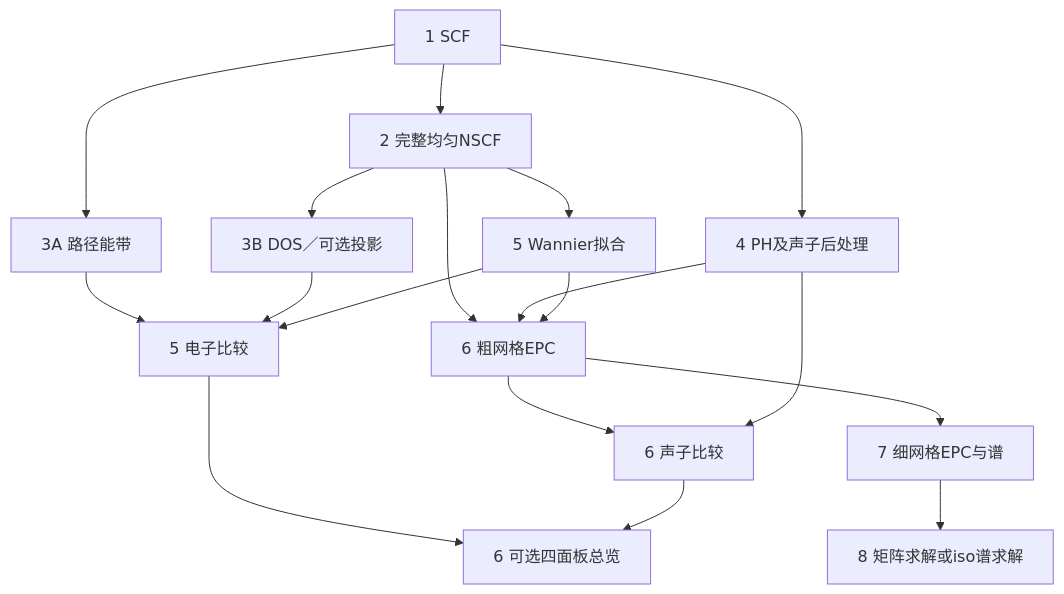
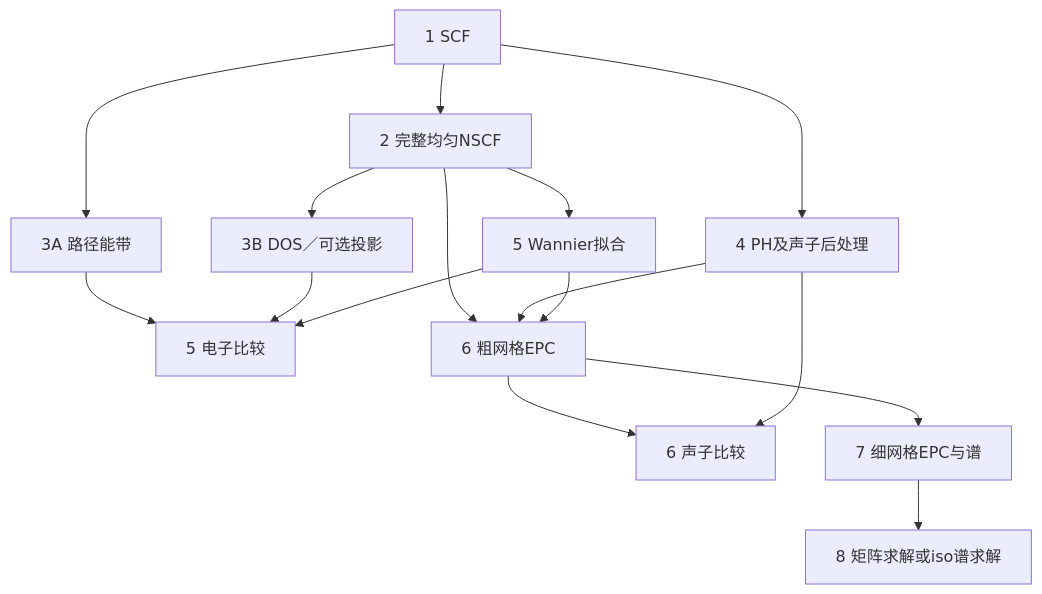
Before and after one commit to JLU-ICCMS-MaYuan/dftflow: the diagram in docs/specs/0052-electronic-reuse-once/reuse-files-stage-data.md, drawn with Mermaid. The commit also changed other lines of this file, not shown here.

````diff
--- a/docs/specs/0052-electronic-reuse-once/reuse-files-stage-data.md
+++ b/docs/specs/0052-electronic-reuse-once/reuse-files-stage-data.md
@@ -246,20 +251,18 @@
 ```mermaid
 flowchart TD
  S[1 SCF] --> N[2 完整均匀NSCF]
  S --> E[3A 路径能带]
  N --> D[3B DOS／可选投影]
  S --> P[4 PH及声子后处理]
  N --> W[5 Wannier拟合]
  E --> WP[5 电子比较]
  D --> WP
  W --> WP
  N --> C[6 粗网格EPC]
  P --> C
  W --> C
  C --> CP[6 声子比较]
  P --> CP
- WP --> O[6 可选四面板总览]
- CP --> O
  C --> F[7 细网格EPC与谱]
  F --> G[8 矩阵求解或iso谱求解]
 ```
````
